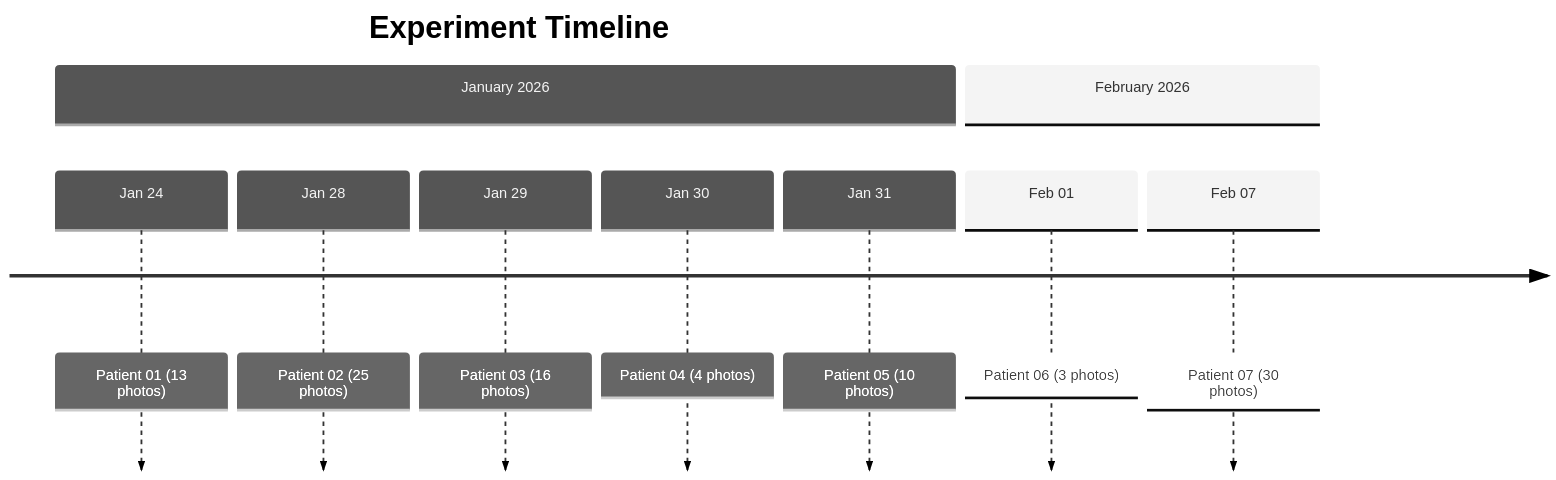
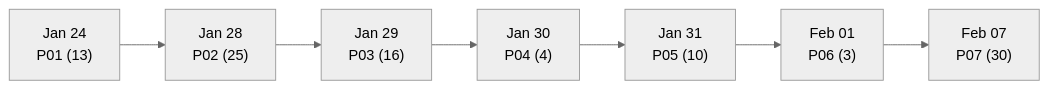
Before and after one commit to AdvancedScientificResearchProjects/Hyperbolic_Field_BloodPlasma_Study: the second of 2 diagrams in ADVANCED_SCIENTIFIC_RESEARCH_PROJECTS/Hyperbolic_Field_BloodPlasma_Study/original_research/data/README.md, drawn with Mermaid (neutral theme). The commit also changed 27 other files, not shown here.

````diff
--- a/ADVANCED_SCIENTIFIC_RESEARCH_PROJECTS/Hyperbolic_Field_BloodPlasma_Study/original_research/data/README.md
+++ b/ADVANCED_SCIENTIFIC_RESEARCH_PROJECTS/Hyperbolic_Field_BloodPlasma_Study/original_research/data/README.md
@@ -53,13 +53,9 @@
 ```mermaid
-timeline
-    title Experiment Timeline
-    section January 2026
-        Jan 24 : Patient 01 (13 photos)
-        Jan 28 : Patient 02 (25 photos)
-        Jan 29 : Patient 03 (16 photos)
-        Jan 30 : Patient 04 (4 photos)
-        Jan 31 : Patient 05 (10 photos)
-    section February 2026
-        Feb 01 : Patient 06 (3 photos)
-        Feb 07 : Patient 07 (30 photos)
+flowchart LR
+    A["Jan 24<br/>P01 (13)"] --> B["Jan 28<br/>P02 (25)"]
+    B --> C["Jan 29<br/>P03 (16)"]
+    C --> D["Jan 30<br/>P04 (4)"]
+    D --> E["Jan 31<br/>P05 (10)"]
+    E --> F["Feb 01<br/>P06 (3)"]
+    F --> G["Feb 07<br/>P07 (30)"]
 ```
````
